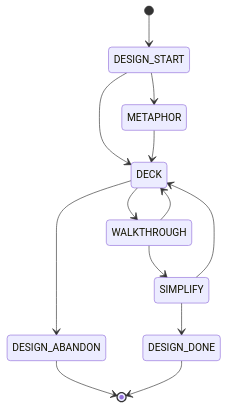
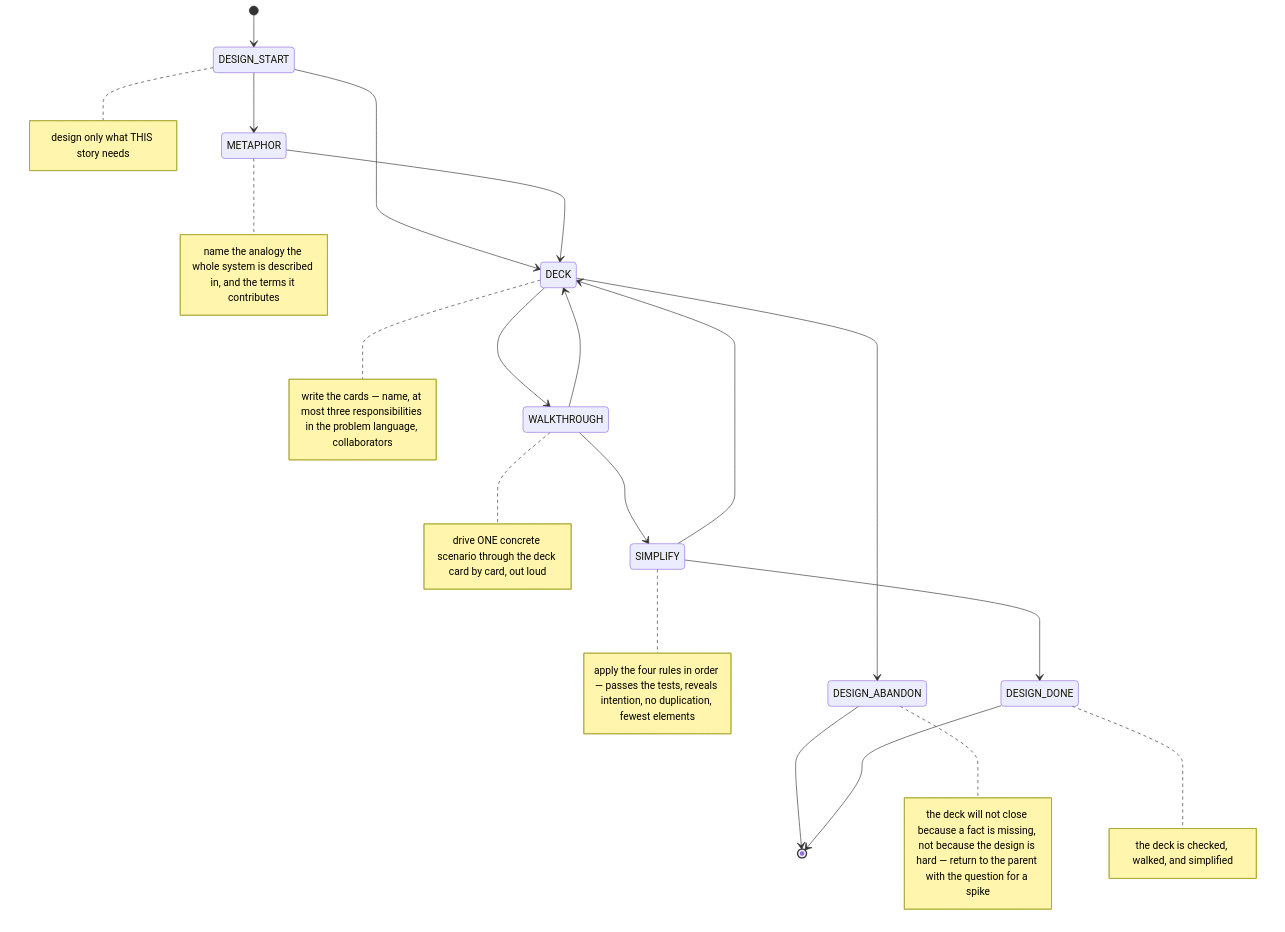
The diagram in rfc/draft-claude-xp-design-00.md (nnunley/llm-rfc-skill), drawn with Mermaid before and after one commit. The commit also changed 2 other files, not shown here.

````diff
--- a/rfc/draft-claude-xp-design-00.md
+++ b/rfc/draft-claude-xp-design-00.md
@@ -108,15 +108,36 @@
 ```mermaid
 stateDiagram-v2
     [*] --> DESIGN_START
     DESIGN_START --> METAPHOR
     DESIGN_START --> DECK
     METAPHOR --> DECK
     DECK --> WALKTHROUGH
     DECK --> DESIGN_ABANDON
     WALKTHROUGH --> DECK
     WALKTHROUGH --> SIMPLIFY
     SIMPLIFY --> DECK
     SIMPLIFY --> DESIGN_DONE
     DESIGN_ABANDON --> [*]
     DESIGN_DONE --> [*]
+    note right of DESIGN_ABANDON
+        the deck will not close because a fact is missing, not because the design is hard — return to the parent with the question for a spike
+    end note
+    note right of DESIGN_START
+        design only what THIS story needs
+    end note
+    note right of METAPHOR
+        name the analogy the whole system is described in, and the terms it contributes
+    end note
+    note right of WALKTHROUGH
+        drive ONE concrete scenario through the deck card by card, out loud
+    end note
+    note right of DESIGN_DONE
+        the deck is checked, walked, and simplified
+    end note
+    note right of SIMPLIFY
+        apply the four rules in order — passes the tests, reveals intention, no duplication, fewest elements
+    end note
+    note right of DECK
+        write the cards — name, at most three responsibilities in the problem language, collaborators
+    end note
 ```
````
